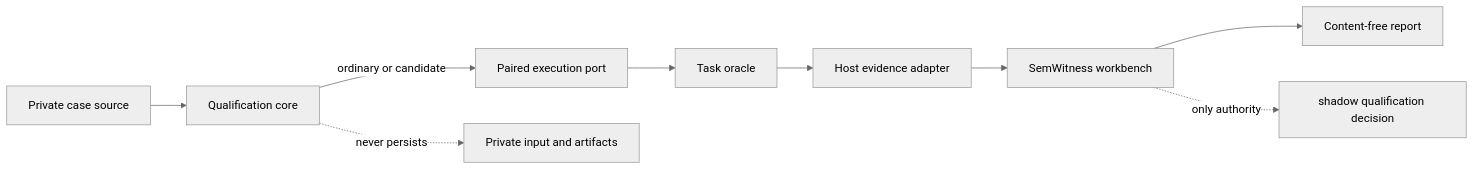
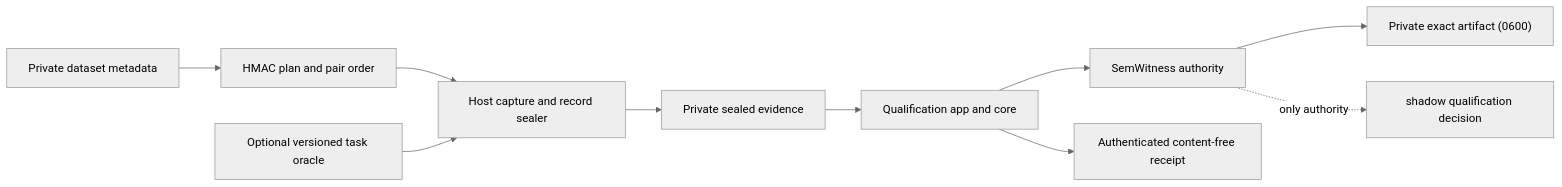
One commit to aantenore/intentabi changed the diagram in docs/qualification-lab.md. Above: the diagram before and after it, drawn with Mermaid (neutral theme). The commit also changed other lines of this file and 4 other files, not shown here.

Commit message:
docs: document qualification evidence workflow

````diff
--- a/docs/qualification-lab.md
+++ b/docs/qualification-lab.md
@@ -19,12 +21,13 @@
 ```mermaid
 flowchart LR
-  S["Private case source"] --> Q["Qualification core"]
-  Q -->|"ordinary or candidate"| E["Paired execution port"]
-  E --> O["Task oracle"]
-  O --> A["Host evidence adapter"]
-  A --> W["SemWitness workbench"]
-  W --> R["Content-free report"]
+  S["Private dataset metadata"] --> P["HMAC plan and pair order"]
+  P --> H["Host capture and record sealer"]
+  H --> E["Private sealed evidence"]
+  E --> Q["Qualification app and core"]
+  Q --> W["SemWitness authority"]
+  W --> A["Private exact artifact (0600)"]
+  Q --> R["Authenticated content-free receipt"]
 
-  Q -. "never persists" .-> P["Private input and artifacts"]
+  O["Optional versioned task oracle"] --> H
   W -. "only authority" .-> D["shadow qualification decision"]
 ```
````
